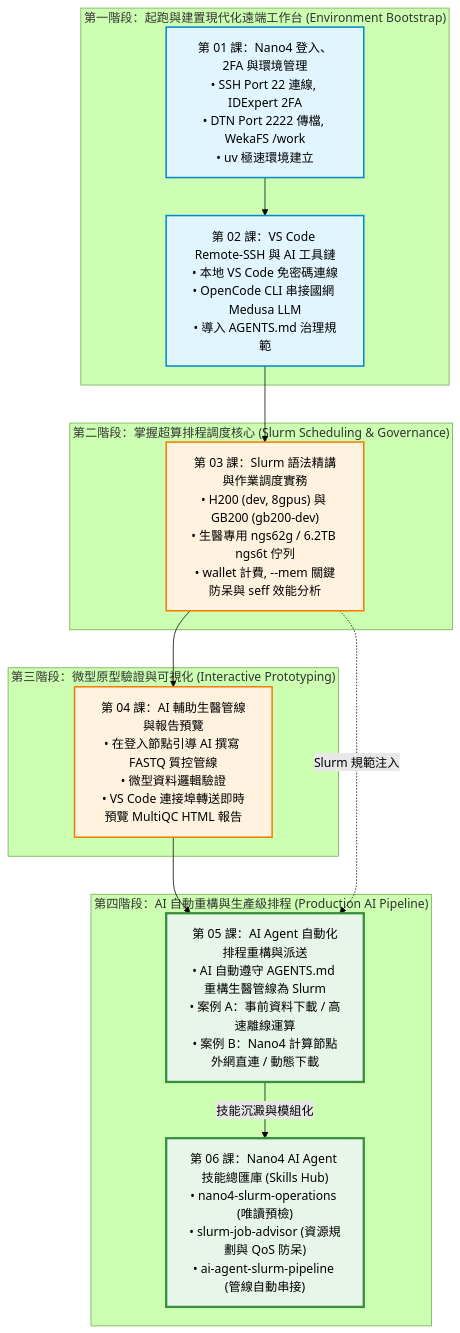
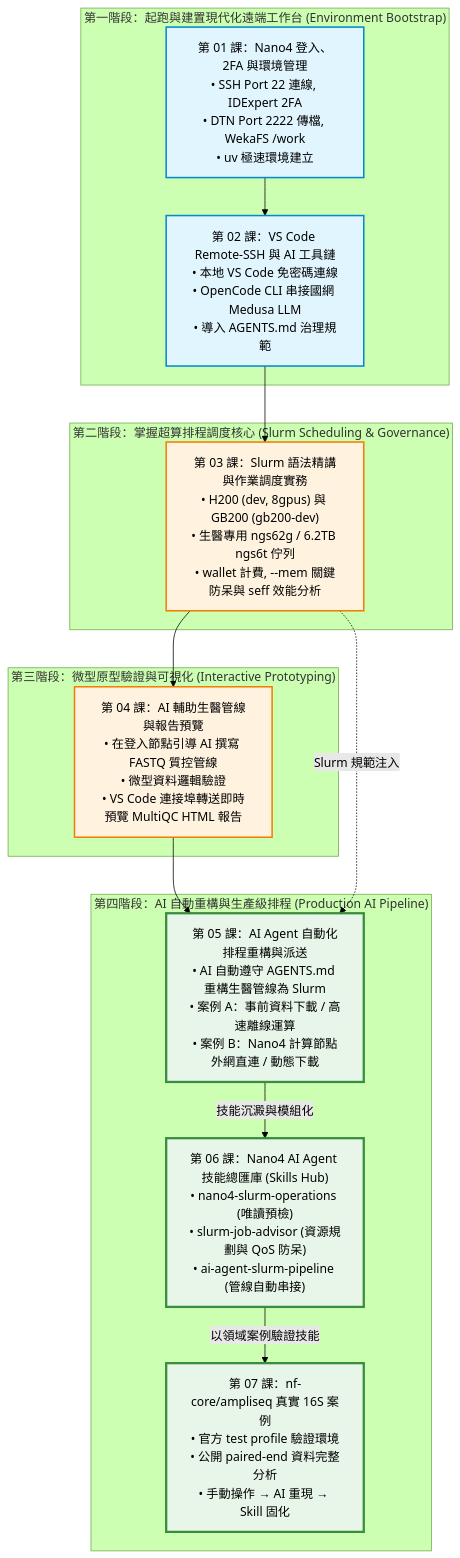
The diagram in README.md (gemini960114/Nano4-Docs), drawn with Mermaid (forest theme) before and after one commit. The commit also changed other lines of this file and 24 other files, not shown here.

Commit message:
feat(docs): add nf-core amplicon capstone and course setup

````diff
--- a/README.md
+++ b/README.md
@@ -33,34 +34,36 @@
 ```mermaid
 flowchart TD
     subgraph S1["第一階段：起跑與建置現代化遠端工作台 (Environment Bootstrap)"]
         C1["第 01 課：Nano4 登入、2FA 與環境管理<br>• SSH Port 22 連線, IDExpert 2FA<br>• DTN Port 2222 傳檔, WekaFS /work<br>• uv 極速環境建立"]
         C2["第 02 課：VS Code Remote-SSH 與 AI 工具鏈<br>• 本地 VS Code 免密碼連線<br>• OpenCode CLI 串接國網 Medusa LLM<br>• 導入 AGENTS.md 治理規範"]
         C1 --> C2
     end
 
     subgraph S2["第二階段：掌握超算排程調度核心 (Slurm Scheduling & Governance)"]
         C3["第 03 課：Slurm 語法精講與作業調度實務<br>• H200 (dev, 8gpus) 與 GB200 (gb200-dev)<br>• 生醫專用 ngs62g / 6.2TB ngs6t 佇列<br>• wallet 計費, --mem 關鍵防呆與 seff 效能分析"]
         C2 --> C3
     end
 
     subgraph S3["第三階段：微型原型驗證與可視化 (Interactive Prototyping)"]
         C4["第 04 課：AI 輔助生醫管線與報告預覽<br>• 在登入節點引導 AI 撰寫 FASTQ 質控管線<br>• 微型資料邏輯驗證<br>• VS Code 連接埠轉送即時預覽 MultiQC HTML 報告"]
         C3 --> C4
     end
 
     subgraph S4["第四階段：AI 自動重構與生產級排程 (Production AI Pipeline)"]
         C5["第 05 課：AI Agent 自動化排程重構與派送<br>• AI 自動遵守 AGENTS.md 重構生醫管線為 Slurm<br>• 案例 A：事前資料下載 / 高速離線運算<br>• 案例 B：Nano4 計算節點外網直連 / 動態下載"]
         C6["第 06 課：Nano4 AI Agent 技能總匯庫 (Skills Hub)<br>• nano4-slurm-operations (唯讀預檢)<br>• slurm-job-advisor (資源規劃與 QoS 防呆)<br>• ai-agent-slurm-pipeline (管線自動串接)"]
+        C7["第 07 課：nf-core/ampliseq 真實 16S 案例<br>• 官方 test profile 驗證環境<br>• 公開 paired-end 資料完整分析<br>• 手動操作 → AI 重現 → Skill 固化"]
         C4 --> C5
         C3 -.->|Slurm 規範注入| C5
         C5 -->|技能沉澱與模組化| C6
+        C6 -->|以領域案例驗證技能| C7
     end
 
     classDef primary fill:#e1f5fe,stroke:#0288d1,stroke-width:2px;
     classDef highlight fill:#fff3e0,stroke:#f57c00,stroke-width:2px;
     classDef capstone fill:#e8f5e9,stroke:#388e3c,stroke-width:3px;
 
     class C1,C2 primary;
     class C3,C4 highlight;
-    class C5,C6 capstone;
+    class C5,C6,C7 capstone;
 ```
````
